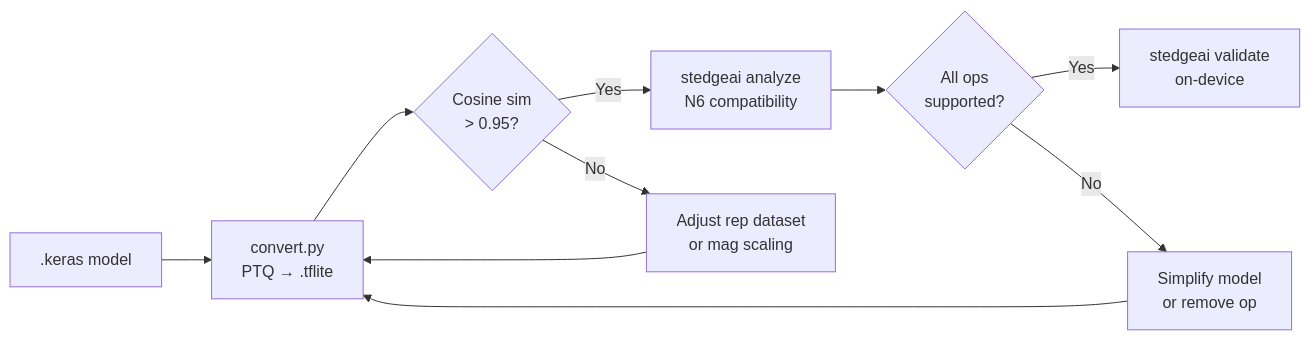
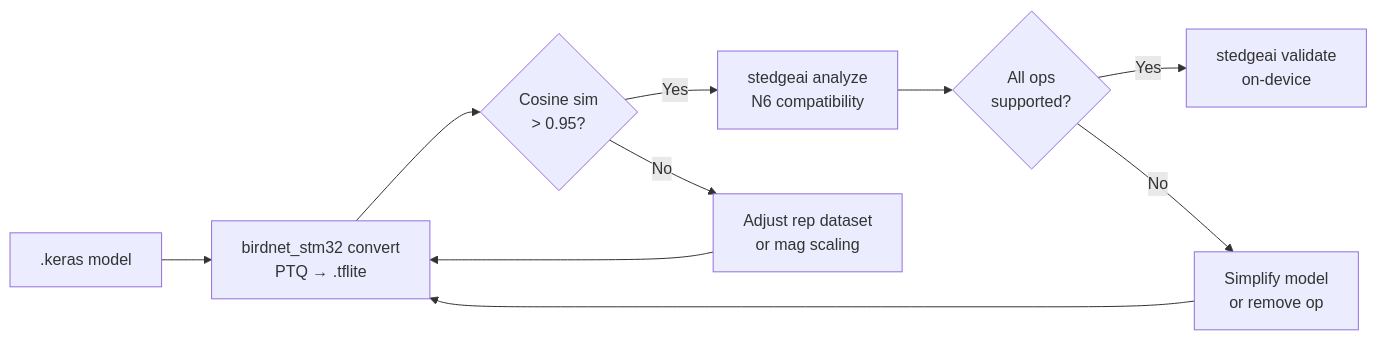
The diagram in docs/dev/quantization.md (birdnet-team/birdnet-stm32), drawn with Mermaid before and after one commit. The commit also changed other lines of this file and 8 other files, not shown here.

````diff
--- a/docs/dev/quantization.md
+++ b/docs/dev/quantization.md
@@ -65,12 +78,12 @@
 ```mermaid
 flowchart LR
-    A[".keras model"] --> B["convert.py\nPTQ → .tflite"]
+    A[".keras model"] --> B["birdnet_stm32 convert\nPTQ → .tflite"]
     B --> C{"Cosine sim\n> 0.95?"}
     C -->|Yes| D["stedgeai analyze\nN6 compatibility"]
     C -->|No| E["Adjust rep dataset\nor mag scaling"]
     E --> B
     D --> F{"All ops\nsupported?"}
     F -->|Yes| G["stedgeai validate\non-device"]
     F -->|No| H["Simplify model\nor remove op"]
     H --> B
 ```
````
